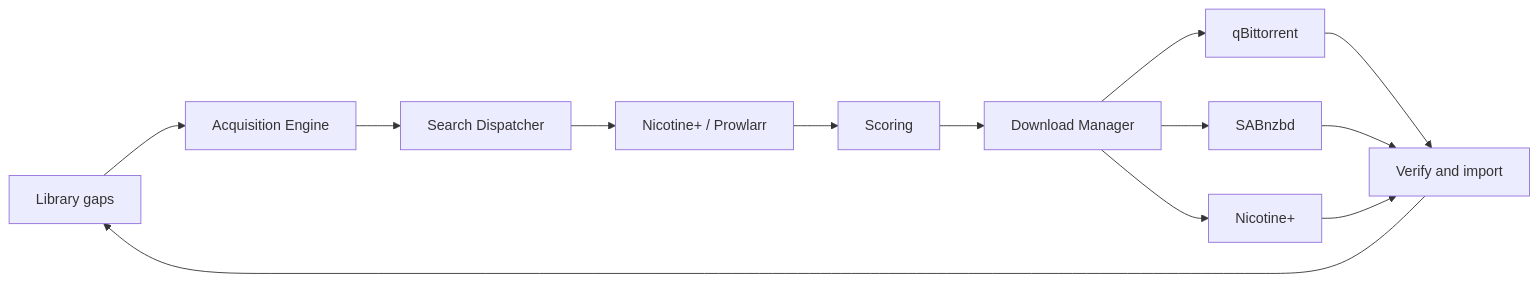
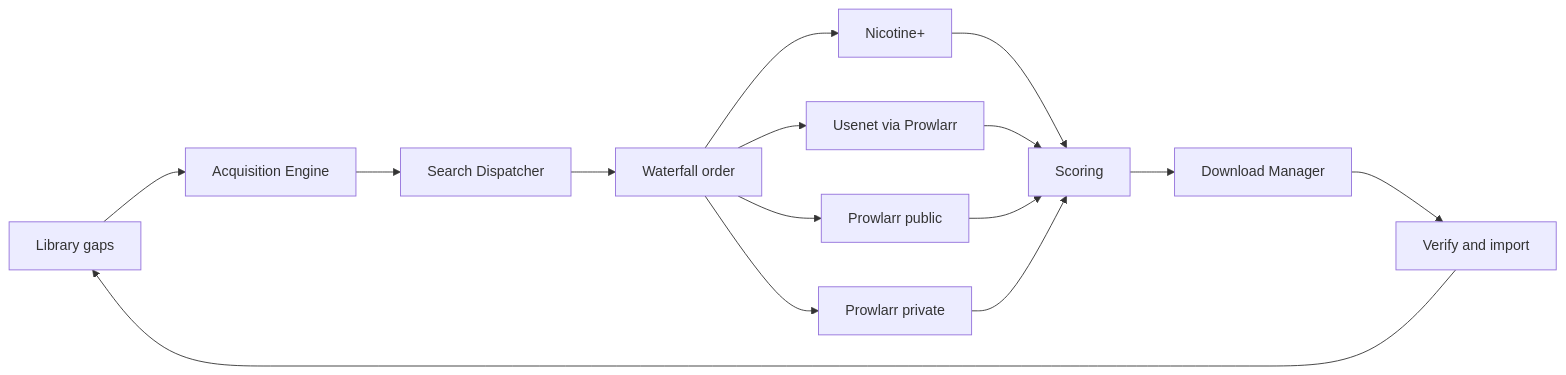
One commit to oceanmasterza/VaultSeek changed the diagram in README.md. Above: the diagram before and after it, drawn with Mermaid. The commit also changed other lines of this file and 7 other files, not shown here.

````diff
--- a/README.md
+++ b/README.md
@@ -47,15 +49,17 @@
 ```mermaid
 flowchart LR
   Library[Library gaps] --> Engine[Acquisition Engine]
   Engine --> Search[Search Dispatcher]
-  Search --> Providers[Nicotine+ / Prowlarr]
-  Providers --> Score[Scoring]
+  Search --> Waterfall[Waterfall order]
+  Waterfall --> Nic[Nicotine+]
+  Waterfall --> Usenet[Usenet via Prowlarr]
+  Waterfall --> Pub[Prowlarr public]
+  Waterfall --> Priv[Prowlarr private]
+  Nic --> Score[Scoring]
+  Usenet --> Score
+  Pub --> Score
+  Priv --> Score
   Score --> DL[Download Manager]
-  DL --> QBit[qBittorrent]
-  DL --> SAB[SABnzbd]
-  DL --> Nic[Nicotine+]
-  QBit --> Verify[Verify and import]
-  SAB --> Verify
-  Nic --> Verify
+  DL --> Verify[Verify and import]
   Verify --> Library
 ```
````
